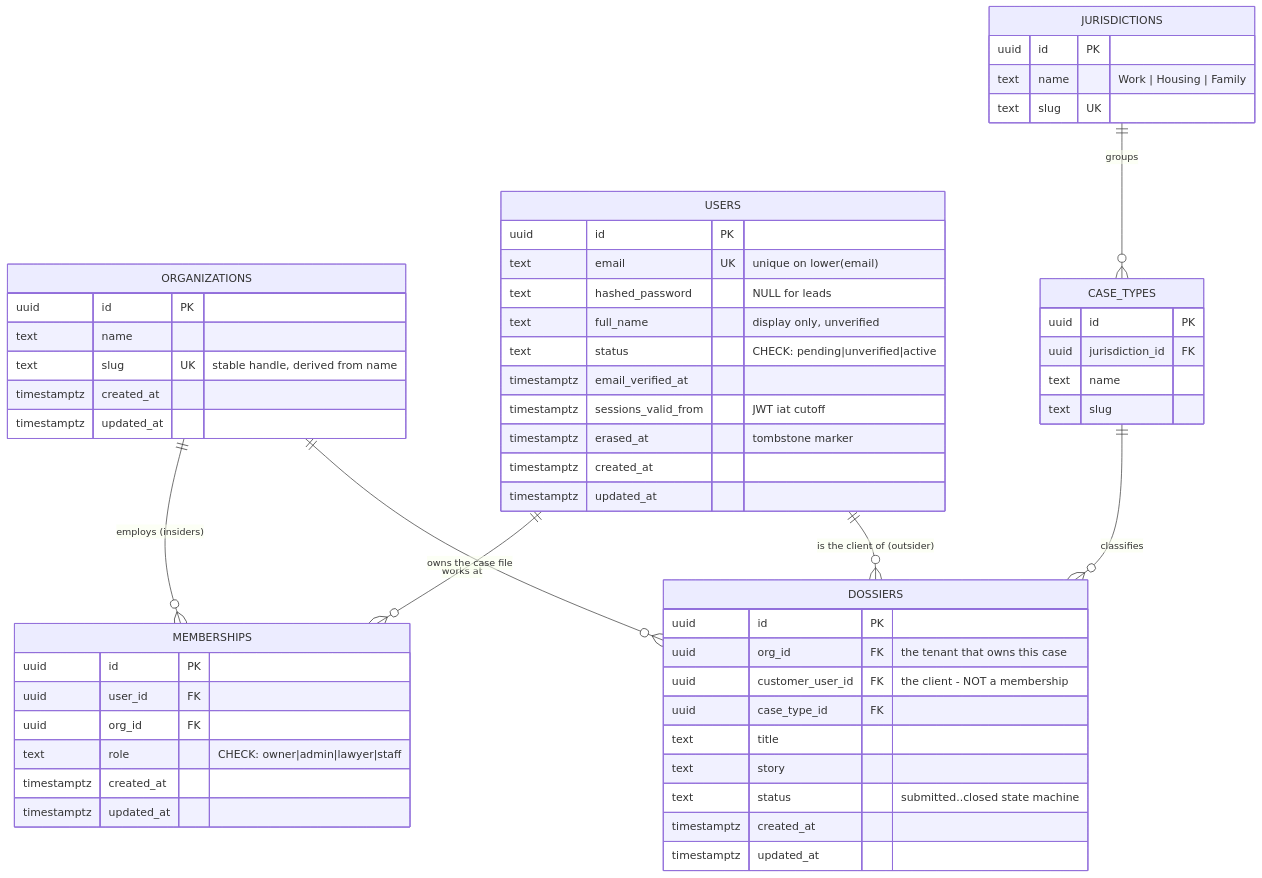
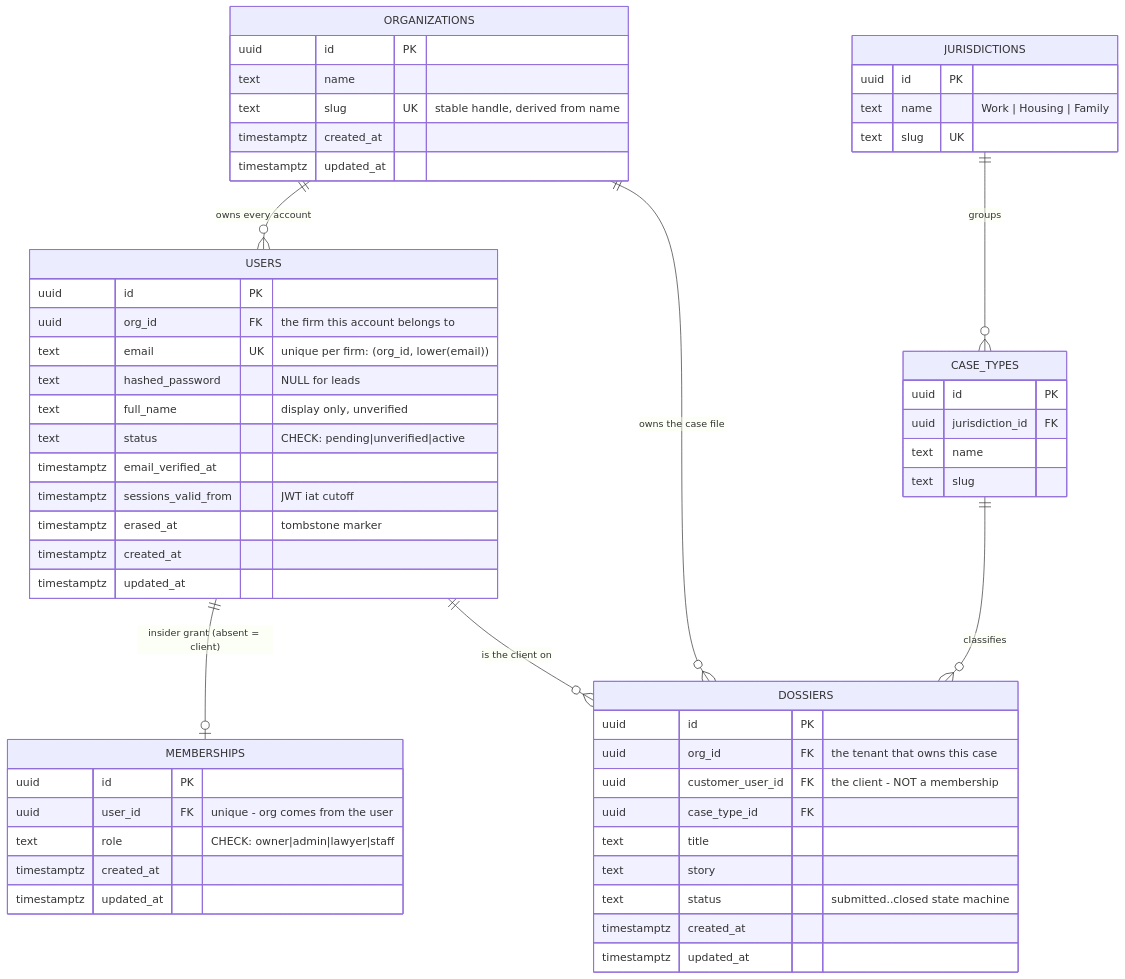
One commit to machadojoy/case-pilot changed the diagram in docs/schema.md. Above: the diagram before and after it, drawn with Mermaid. The commit also changed other lines of this file and 5 other files, not shown here.

First line of the commit message:
docs: Q2 -> per-firm accounts (reverses global identity) (#23)

````diff
--- a/docs/schema.md
+++ b/docs/schema.md
@@ -10,64 +10,64 @@
 ```mermaid
 erDiagram
     ORGANIZATIONS {
         uuid id PK
         text name
         text slug UK "stable handle, derived from name"
         timestamptz created_at
         timestamptz updated_at
     }
 
     USERS {
         uuid id PK
-        text email UK "unique on lower(email)"
+        uuid org_id FK "the firm this account belongs to"
+        text email UK "unique per firm: (org_id, lower(email))"
         text hashed_password "NULL for leads"
         text full_name "display only, unverified"
         text status "CHECK: pending|unverified|active"
         timestamptz email_verified_at
         timestamptz sessions_valid_from "JWT iat cutoff"
         timestamptz erased_at "tombstone marker"
         timestamptz created_at
         timestamptz updated_at
     }
 
     MEMBERSHIPS {
         uuid id PK
-        uuid user_id FK
-        uuid org_id FK
+        uuid user_id FK "unique - org comes from the user"
         text role "CHECK: owner|admin|lawyer|staff"
         timestamptz created_at
         timestamptz updated_at
     }
 
     DOSSIERS {
         uuid id PK
         uuid org_id FK "the tenant that owns this case"
         uuid customer_user_id FK "the client - NOT a membership"
         uuid case_type_id FK
         text title
         text story
         text status "submitted..closed state machine"
         timestamptz created_at
         timestamptz updated_at
     }
 
     JURISDICTIONS {
         uuid id PK
         text name "Work | Housing | Family"
         text slug UK
     }
 
     CASE_TYPES {
         uuid id PK
         uuid jurisdiction_id FK
         text name
         text slug
     }
 
-    ORGANIZATIONS ||--o{ MEMBERSHIPS : "employs (insiders)"
-    USERS         ||--o{ MEMBERSHIPS : "works at"
+    ORGANIZATIONS ||--o{ USERS       : "owns every account"
+    USERS         ||--o| MEMBERSHIPS : "insider grant (absent = client)"
     ORGANIZATIONS ||--o{ DOSSIERS    : "owns the case file"
-    USERS         ||--o{ DOSSIERS    : "is the client of (outsider)"
+    USERS         ||--o{ DOSSIERS    : "is the client on"
     JURISDICTIONS ||--o{ CASE_TYPES  : "groups"
     CASE_TYPES    ||--o{ DOSSIERS    : "classifies"
 ```
````
